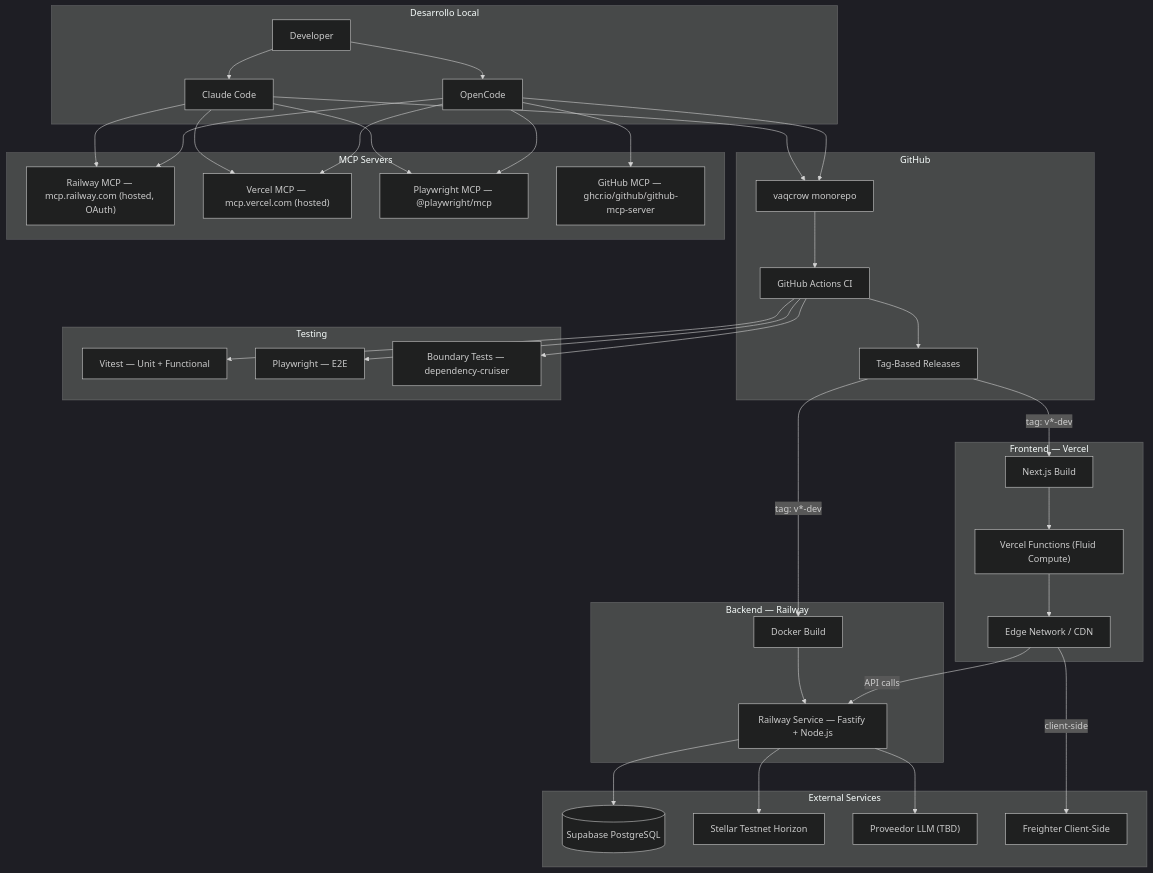
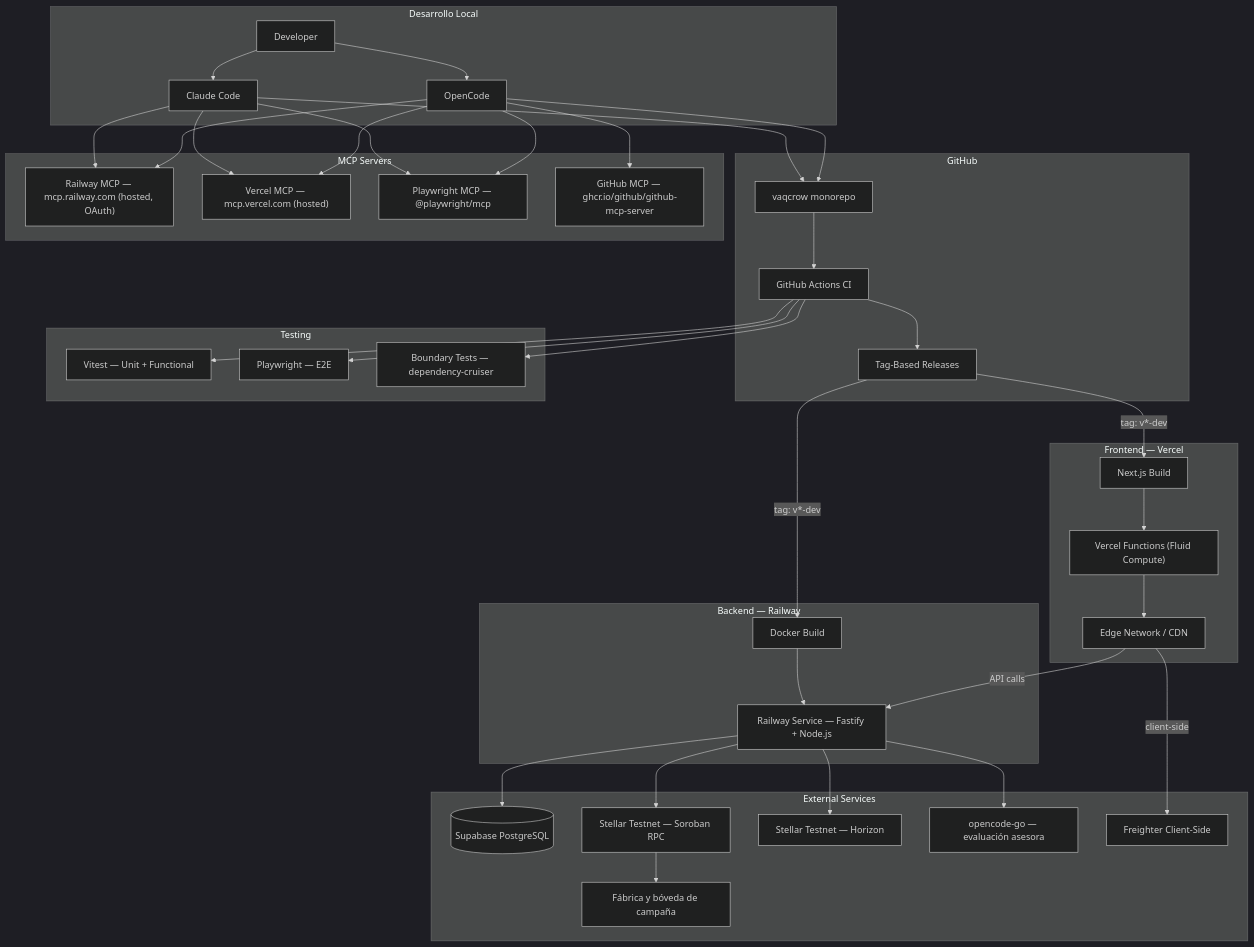
The first of 3 diagrams in docs/architecture/deploy-planning.md (reyduar/Vaqcrow), drawn with Mermaid (dark theme) before and after one commit. The commit also changed 2 other files, not shown here.

Commit message:
docs(architecture): refresh the stale deployment and funding diagrams

```diff
--- a/docs/architecture/deploy-planning.md
+++ b/docs/architecture/deploy-planning.md
@@ -62,8 +62,10 @@
 
     subgraph "External Services"
         SUPABASE[(Supabase PostgreSQL)]
-        STELLAR["Stellar Testnet Horizon"]
-        LLM["Proveedor LLM (TBD)"]
+        RPC["Stellar Testnet — Soroban RPC"]
+        HORIZON["Stellar Testnet — Horizon"]
+        FACTORY["Fábrica y bóveda de campaña"]
+        LLM["opencode-go — evaluación asesora"]
         FREIGHTER[Freighter Client-Side]
     end
 
@@ -98,8 +100,10 @@
 
     API_DOCKER --> API_RAILWAY
     API_RAILWAY --> SUPABASE
-    API_RAILWAY --> STELLAR
+    API_RAILWAY --> RPC
+    API_RAILWAY --> HORIZON
     API_RAILWAY --> LLM
+    RPC --> FACTORY
 
     WEB_CDN -->|client-side| FREIGHTER
 
```
